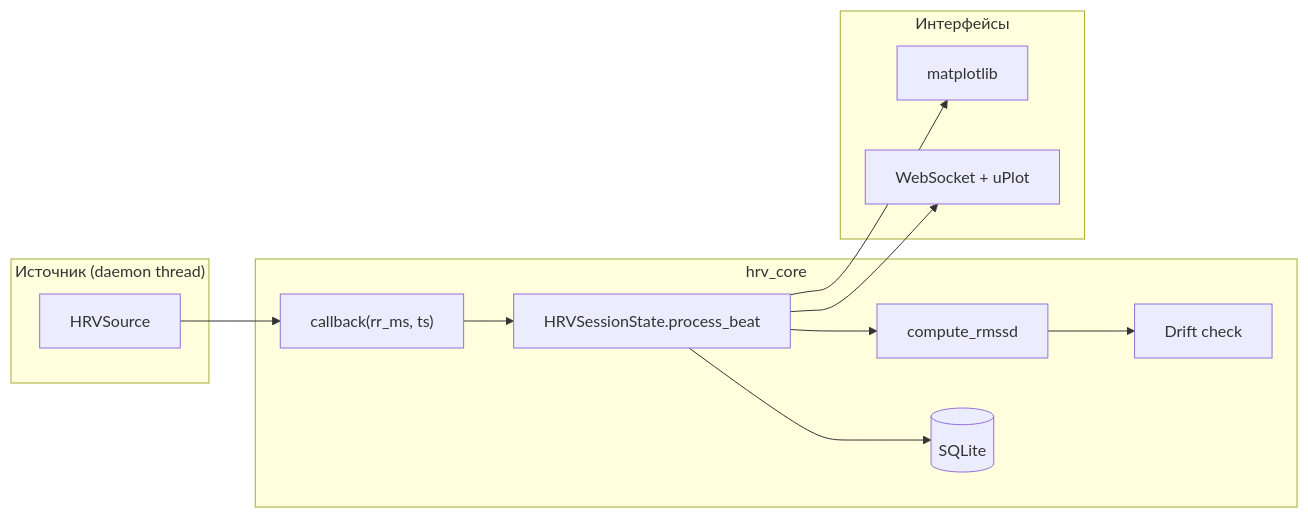
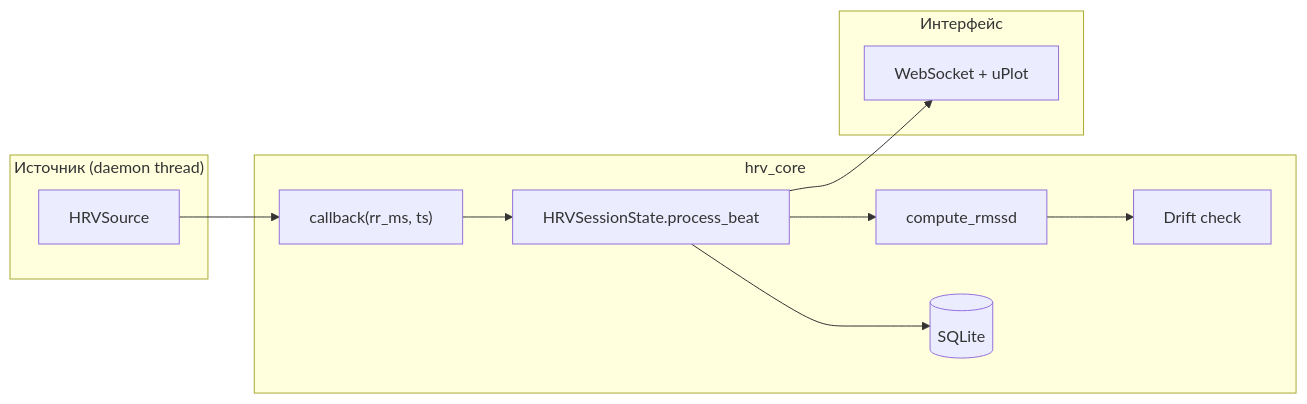
One commit to motokazmin/consciousness changed the diagram in ARCHITECTURE.md. Above: the diagram before and after it, drawn with Mermaid. The commit also changed other lines of this file and 13 other files, not shown here.

First line of the commit message:
refactor(web): убрать matplotlib-CLI и добавить удаление сессий

````diff
--- a/ARCHITECTURE.md
+++ b/ARCHITECTURE.md
@@ -54,25 +54,23 @@
 ```mermaid
 flowchart LR
     subgraph Source["Источник (daemon thread)"]
         S[HRVSource]
     end
 
     subgraph Core["hrv_core"]
         CB["callback(rr_ms, ts)"]
         ST[HRVSessionState.process_beat]
         RM[compute_rmssd]
         DR[Drift check]
         DB[(SQLite)]
     end
 
-    subgraph UI["Интерфейсы"]
-        CLI[matplotlib]
+    subgraph UI["Интерфейс"]
         WEB[WebSocket + uPlot]
     end
 
     S --> CB --> ST
     ST --> RM --> DR
     ST --> DB
-    ST --> CLI
     ST --> WEB
 ```
````
